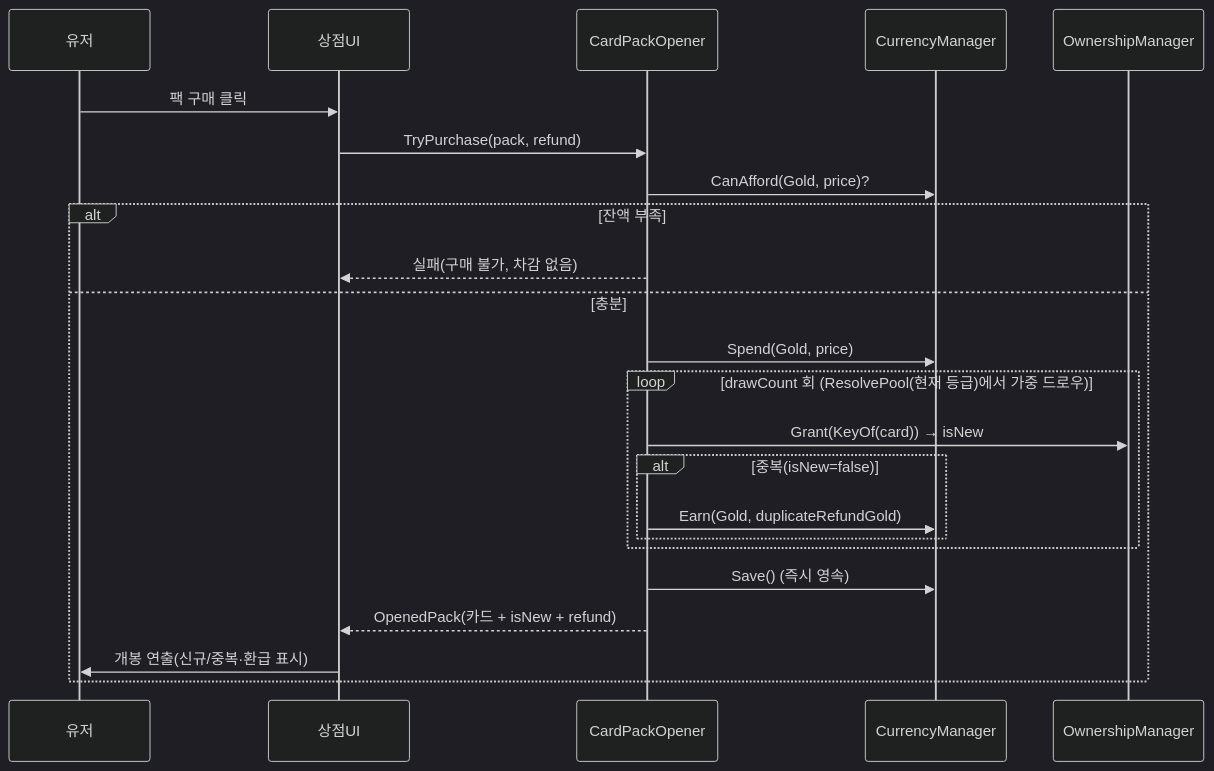
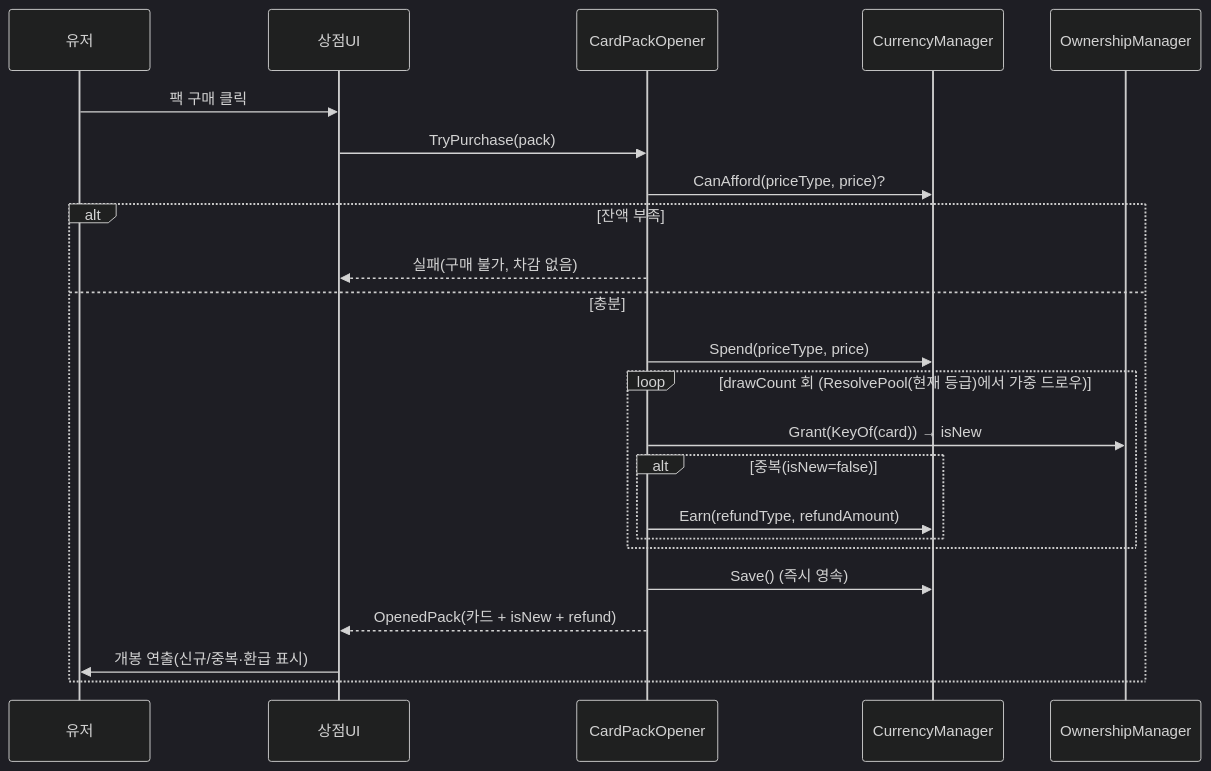
One commit to hspark-maker/TeamfightTCG_Migriation changed the fifth of 20 diagrams in docs/OutGamePlan/STRUCTURE.md. Above: the diagram before and after it, drawn with Mermaid (dark theme). The commit also changed other lines of this file and 45 other files, not shown here.

````diff
--- a/docs/OutGamePlan/STRUCTURE.md
+++ b/docs/OutGamePlan/STRUCTURE.md
@@ -174,26 +174,26 @@
 ```mermaid
 sequenceDiagram
     participant U as 유저
     participant SHOP as 상점UI
     participant SVC as CardPackOpener
     participant CUR as CurrencyManager
     participant OWN as OwnershipManager
 
     U->>SHOP: 팩 구매 클릭
-    SHOP->>SVC: TryPurchase(pack, refund)
-    SVC->>CUR: CanAfford(Gold, price)?
+    SHOP->>SVC: TryPurchase(pack)
+    SVC->>CUR: CanAfford(priceType, price)?
     alt 잔액 부족
         SVC-->>SHOP: 실패(구매 불가, 차감 없음)
     else 충분
-        SVC->>CUR: Spend(Gold, price)
+        SVC->>CUR: Spend(priceType, price)
         loop drawCount 회 (ResolvePool(현재 등급)에서 가중 드로우)
             SVC->>OWN: Grant(KeyOf(card)) → isNew
             alt 중복(isNew=false)
-                SVC->>CUR: Earn(Gold, duplicateRefundGold)
+                SVC->>CUR: Earn(refundType, refundAmount)
             end
         end
         SVC->>CUR: Save() (즉시 영속)
         SVC-->>SHOP: OpenedPack(카드 + isNew + refund)
         SHOP->>U: 개봉 연출(신규/중복·환급 표시)
     end
 ```
````
